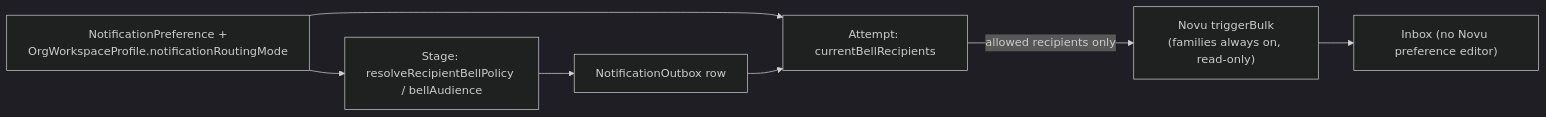
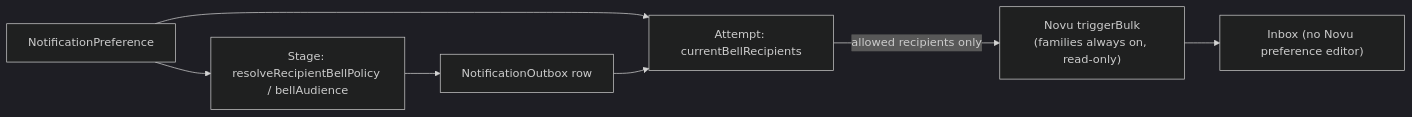
One commit to Practitionist/familiarise_web changed the fourth of 6 diagrams in docs/notifications/01-architecture.md. Above: the diagram before and after it, drawn with Mermaid (dark theme). The commit also changed other lines of this file and 18 other files, not shown here.

First line of the commit message:
docs(notifications): record decision 12, workspace routing removed

````diff
--- a/docs/notifications/01-architecture.md
+++ b/docs/notifications/01-architecture.md
@@ -258,8 +258,8 @@
 ```mermaid
 flowchart LR
-    Prefs["NotificationPreference +<br/>OrgWorkspaceProfile.notificationRoutingMode"] --> Stage["Stage: resolveRecipientBellPolicy / bellAudience"]
+    Prefs["NotificationPreference"] --> Stage["Stage: resolveRecipientBellPolicy / bellAudience"]
     Prefs --> Attempt["Attempt: currentBellRecipients"]
     Stage --> Row["NotificationOutbox row"] --> Attempt
     Attempt -->|"allowed recipients only"| Novu["Novu triggerBulk<br/>(families always on, read-only)"]
     Novu --> Inbox["Inbox (no Novu preference editor)"]
 ```
````
